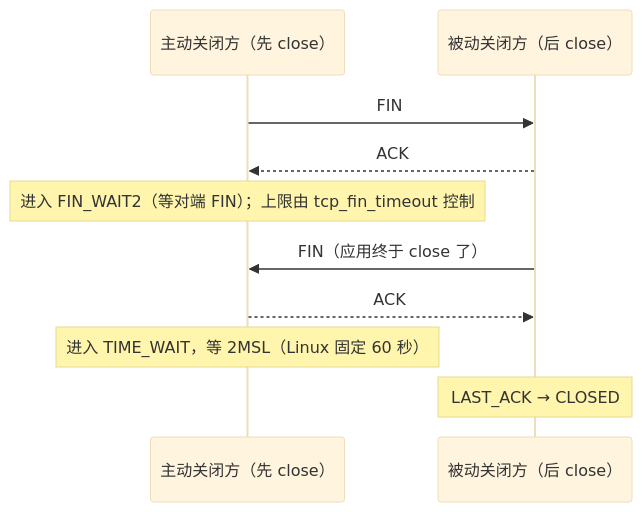
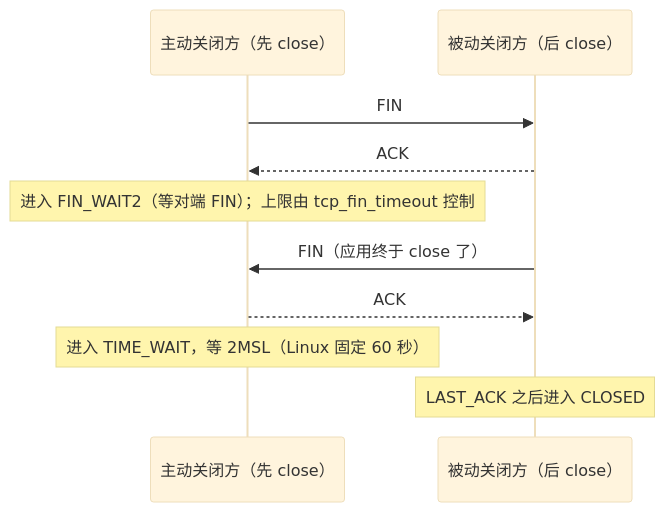
One commit to realtyz/ops-manual changed the third of 3 diagrams in Linux/06_网络协议栈与排障/04_原理_连接的生命周期.md. Above: the diagram before and after it, drawn with Mermaid (base theme). The commit also changed other lines of this file and 118 other files, not shown here.

````diff
--- a/Linux/06_网络协议栈与排障/04_原理_连接的生命周期.md
+++ b/Linux/06_网络协议栈与排障/04_原理_连接的生命周期.md
@@ -214,12 +214,12 @@
 ```mermaid
 sequenceDiagram
   participant A as 主动关闭方（先 close）
   participant P as 被动关闭方（后 close）
   A->>P: FIN
   P-->>A: ACK
   Note over A: 进入 FIN_WAIT2（等对端 FIN）；上限由 tcp_fin_timeout 控制
   P->>A: FIN（应用终于 close 了）
   A-->>P: ACK
   Note over A: 进入 TIME_WAIT，等 2MSL（Linux 固定 60 秒）
-  Note over P: LAST_ACK → CLOSED
+  Note over P: LAST_ACK 之后进入 CLOSED
 ```
````
